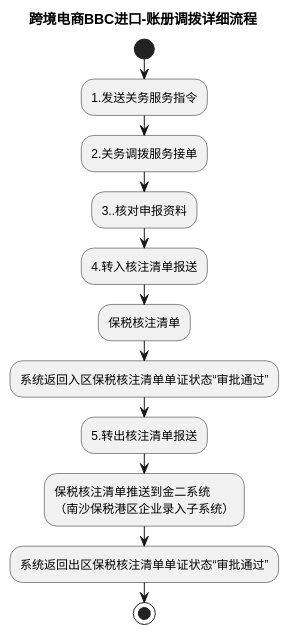
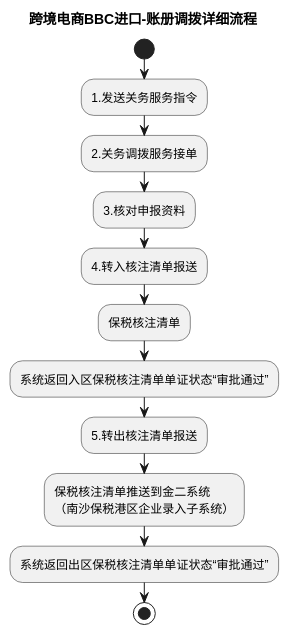
One commit to jack888332/projects-doc changed the sixth of 6 diagrams in product-caliber/goldjet/segmented-prd/mainflow/PRD.高捷物流系统一期.主流程.06.跨境电商BBC进口-入出区与调拨流程.md. Above: the diagram before and after it, drawn with PlantUML. The commit also changed other lines of this file and 59 other files, not shown here.

````diff
--- a/product-caliber/goldjet/segmented-prd/mainflow/PRD.高捷物流系统一期.主流程.06.跨境电商BBC进口-入出区与调拨流程.md
+++ b/product-caliber/goldjet/segmented-prd/mainflow/PRD.高捷物流系统一期.主流程.06.跨境电商BBC进口-入出区与调拨流程.md
@@ -266,16 +242,16 @@
 ```plantuml
 @startuml
 title 跨境电商BBC进口-账册调拨详细流程
 start
 :1.发送关务服务指令;
 :2.关务调拨服务接单;
-:3..核对申报资料;
+:3.核对申报资料;
 :4.转入核注清单报送;
 :保税核注清单;
 :系统返回入区保税核注清单单证状态“审批通过”;
 :5.转出核注清单报送;
 :保税核注清单推送到金二系统\n（南沙保税港区企业录入子系统）;
 :系统返回出区保税核注清单单证状态“审批通过”;
 stop
 @enduml
 ```
````
